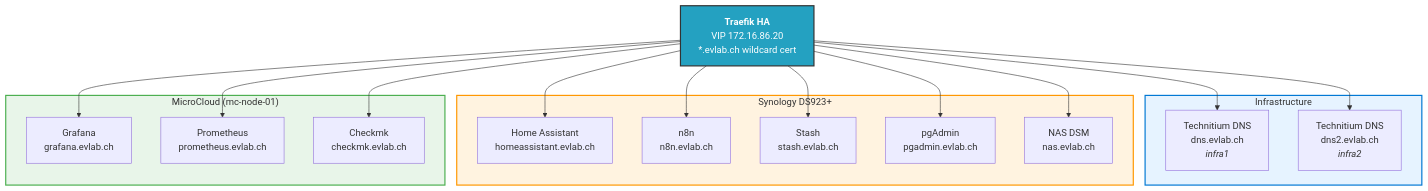
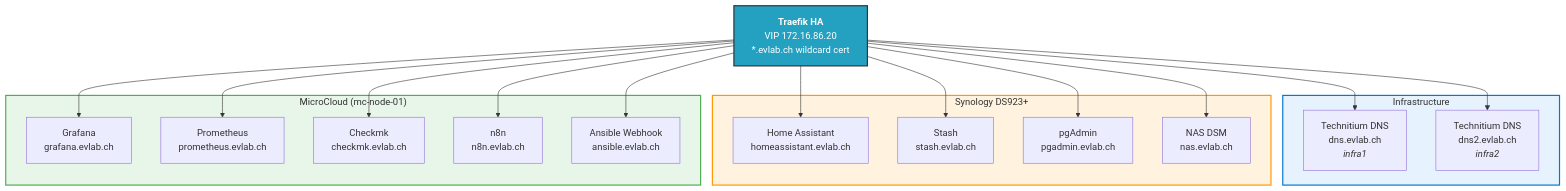
The third of 5 diagrams in README.md (fjacquet/homelab-dns), drawn with Mermaid before and after one commit. The commit also changed other lines of this file and 6 other files, not shown here.

First line of the commit message:
refactor: move n8n + ansible-webhook to MicroCloud, use NFS volumes

````diff
--- a/README.md
+++ b/README.md
@@ -136,32 +143,33 @@
 ```mermaid
 graph TD
     TRAEFIK["<b>Traefik HA</b><br/>VIP 172.16.86.20<br/>*.evlab.ch wildcard cert"]
 
     subgraph infra["Infrastructure"]
         DNS1["Technitium DNS<br/>dns.evlab.ch<br/><i>infra1</i>"]
         DNS2["Technitium DNS<br/>dns2.evlab.ch<br/><i>infra2</i>"]
     end
 
     subgraph synology["Synology DS923+"]
         HA["Home Assistant<br/>homeassistant.evlab.ch"]
-        N8N["n8n<br/>n8n.evlab.ch"]
         STASH["Stash<br/>stash.evlab.ch"]
         PGA["pgAdmin<br/>pgadmin.evlab.ch"]
         DSM["NAS DSM<br/>nas.evlab.ch"]
     end
 
     subgraph microcloud["MicroCloud (mc-node-01)"]
         GRAF["Grafana<br/>grafana.evlab.ch"]
         PROM["Prometheus<br/>prometheus.evlab.ch"]
         CHK["Checkmk<br/>checkmk.evlab.ch"]
+        N8N["n8n<br/>n8n.evlab.ch"]
+        AW["Ansible Webhook<br/>ansible.evlab.ch"]
     end
 
     TRAEFIK --> DNS1 & DNS2
-    TRAEFIK --> HA & N8N & STASH & PGA & DSM
-    TRAEFIK --> GRAF & PROM & CHK
+    TRAEFIK --> HA & STASH & PGA & DSM
+    TRAEFIK --> GRAF & PROM & CHK & N8N & AW
 
     style TRAEFIK fill:#24A1C1,stroke:#333,color:#fff,stroke-width:2px
     style infra fill:#e6f3ff,stroke:#0078D4,stroke-width:2px
     style synology fill:#fff3e0,stroke:#ff9800,stroke-width:2px
     style microcloud fill:#e8f5e9,stroke:#4caf50,stroke-width:2px
 ```
````
